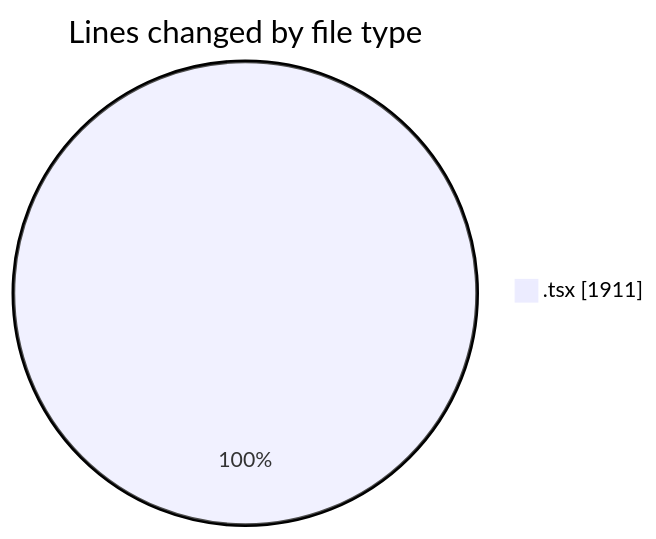
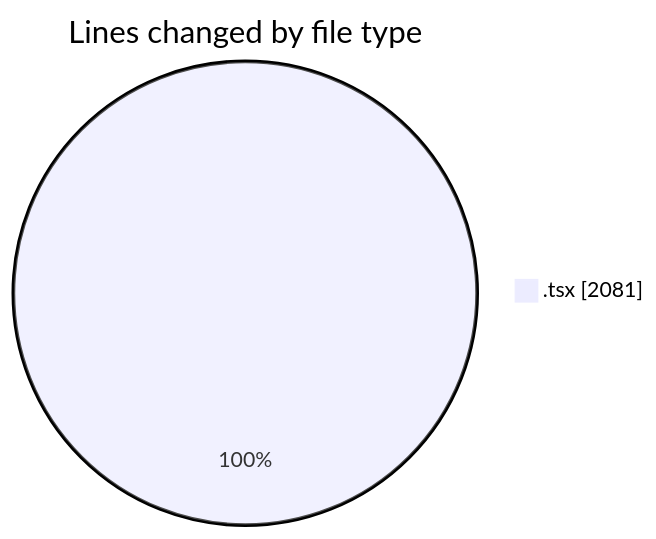
One commit to nxtqubesakshisongat/code-tracking changed the first of 2 diagrams in 2026-02-09/nxtqube_webapp/README.md. Above: the diagram before and after it, drawn with Mermaid. The commit also changed other lines of this file and 1 other file, not shown here.

````diff
--- a/2026-02-09/nxtqube_webapp/README.md
+++ b/2026-02-09/nxtqube_webapp/README.md
@@ -22,5 +22,5 @@
 ```mermaid
 pie showData
 title Lines changed by file type
-".tsx" : 1911
+".tsx" : 2081
 ```
````
